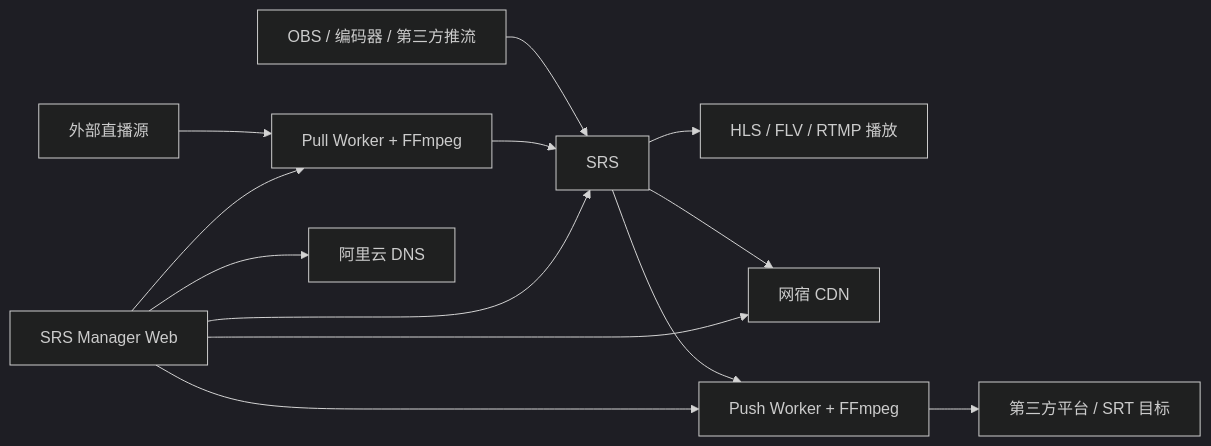
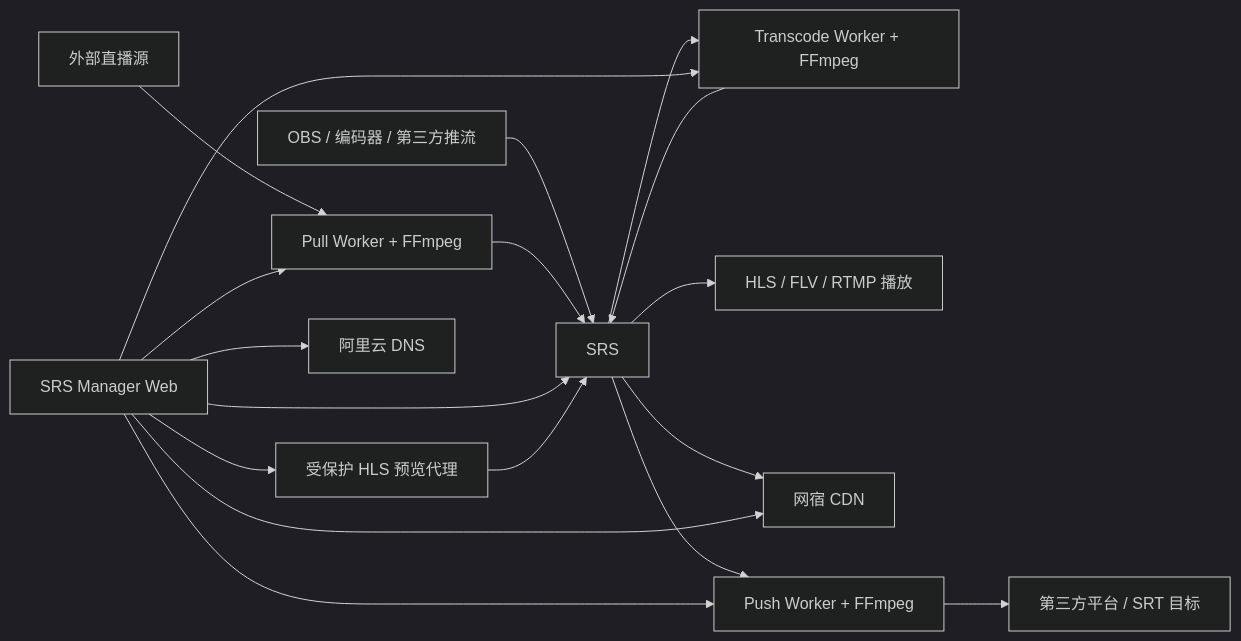
One commit to pwl1987/srs-manager changed the diagram in README.md. Above: the diagram before and after it, drawn with Mermaid (dark theme). The commit also changed other lines of this file and 13 other files, not shown here.

````diff
--- a/README.md
+++ b/README.md
@@ -76,15 +78,20 @@
 ```mermaid
 flowchart LR
     PUSH[OBS / 编码器 / 第三方推流] --> SRS[SRS]
     SRC[外部直播源] --> WORKER[Pull Worker + FFmpeg]
     WORKER --> SRS
+    SRS --> TC[Transcode Worker + FFmpeg]
+    TC --> SRS
     SRS --> PLAYER[HLS / FLV / RTMP 播放]
     SRS --> CDN[网宿 CDN]
     SRS --> PUSHWORKER[Push Worker + FFmpeg]
     PUSHWORKER --> FORWARD[第三方平台 / SRT 目标]
     MANAGER[SRS Manager Web] --> SRS
     MANAGER --> WORKER
     MANAGER --> PUSHWORKER
+    MANAGER --> TC
+    MANAGER --> PREVIEW[受保护 HLS 预览代理]
+    PREVIEW --> SRS
     MANAGER --> CDN
     MANAGER --> DNS[阿里云 DNS]
 ```
````
